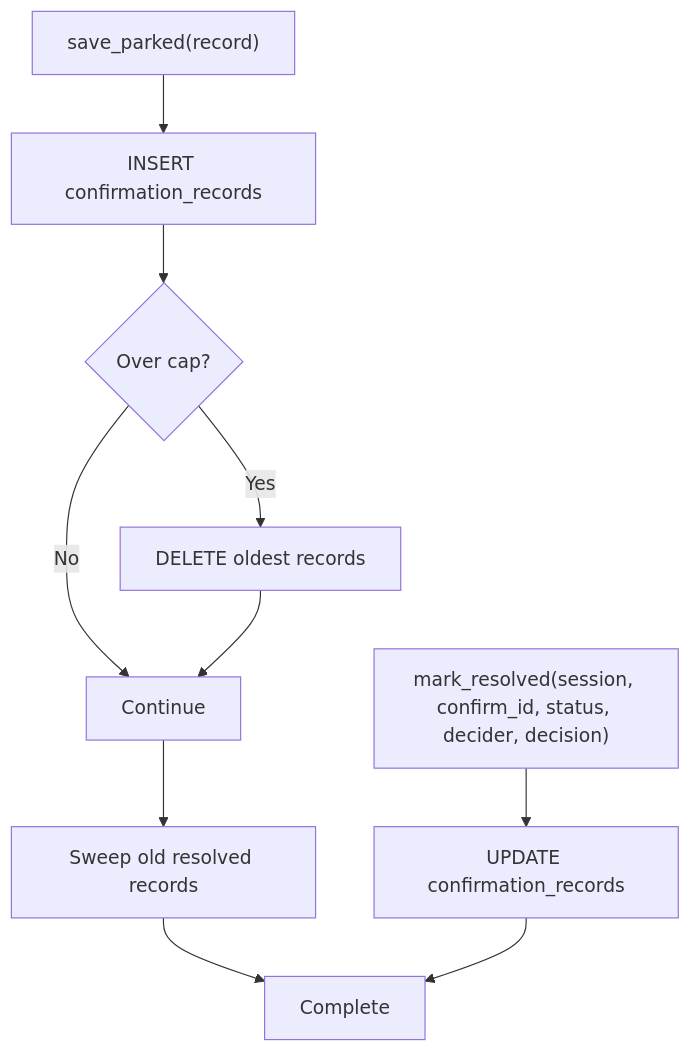
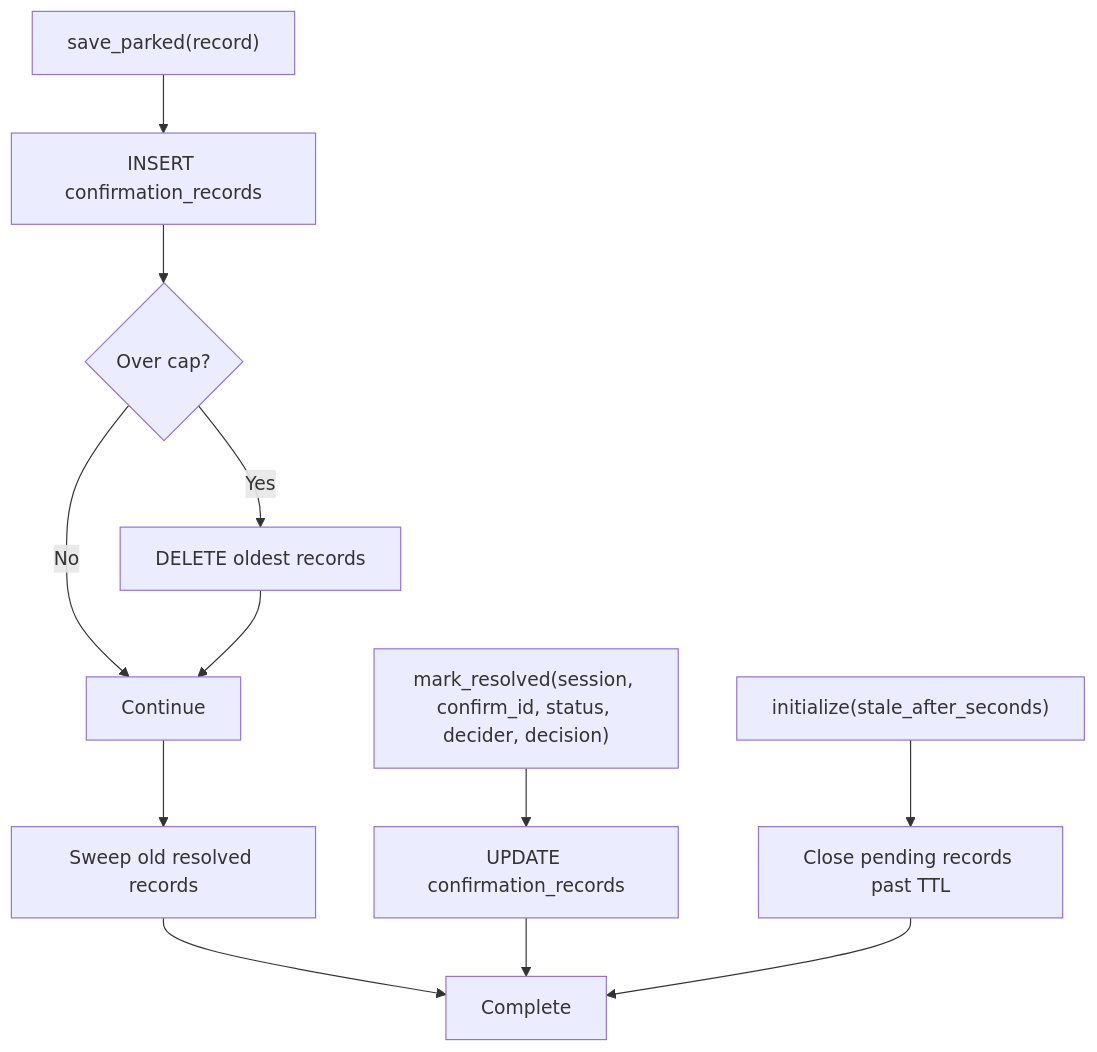
Before and after one commit to metasync/luban-aiops: the fourth of 11 diagrams in .qoder/repowiki/en/content/Agent Platform Service/HITL Confirmation Bridging (SPEC-020).md, drawn with Mermaid. The commit also changed other lines of this file and 6 other files, not shown here.

````diff
--- a/.qoder/repowiki/en/content/Agent Platform Service/HITL Confirmation Bridging (SPEC-020).md
+++ b/.qoder/repowiki/en/content/Agent Platform Service/HITL Confirmation Bridging (SPEC-020).md
@@ -302,12 +303,14 @@
 ```mermaid
 flowchart TD
 Park["save_parked(record)"] --> Insert["INSERT confirmation_records"]
 Insert --> Evict{"Over cap?"}
 Evict -- Yes --> Sweep["DELETE oldest records"]
 Evict -- No --> Continue["Continue"]
 Sweep --> Continue
 Continue --> Audit["Sweep old resolved records"]
 Audit --> Complete["Complete"]
 Resolve["mark_resolved(session, confirm_id, status, decider, decision)"] --> Update["UPDATE confirmation_records"]
 Update --> Complete
+Startup["initialize(stale_after_seconds)"] --> CloseStale["Close pending records past TTL"]
+CloseStale --> Complete
 ```
````
